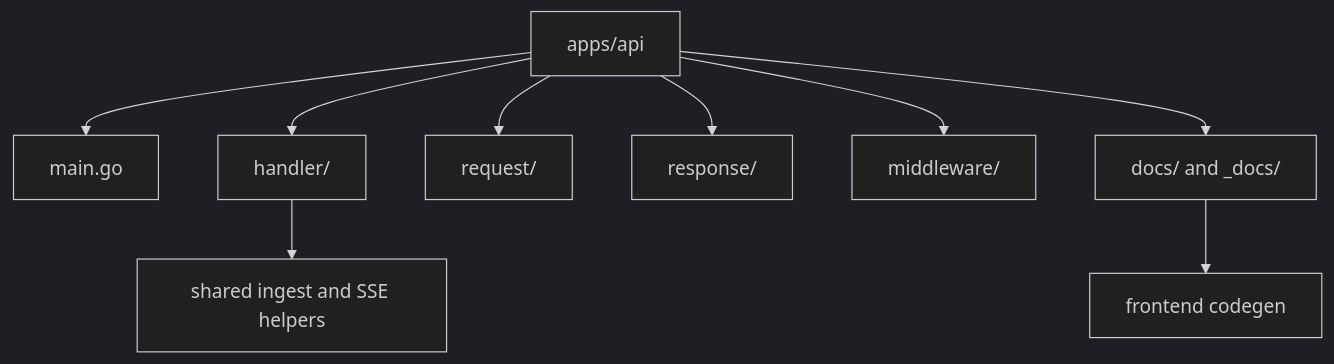
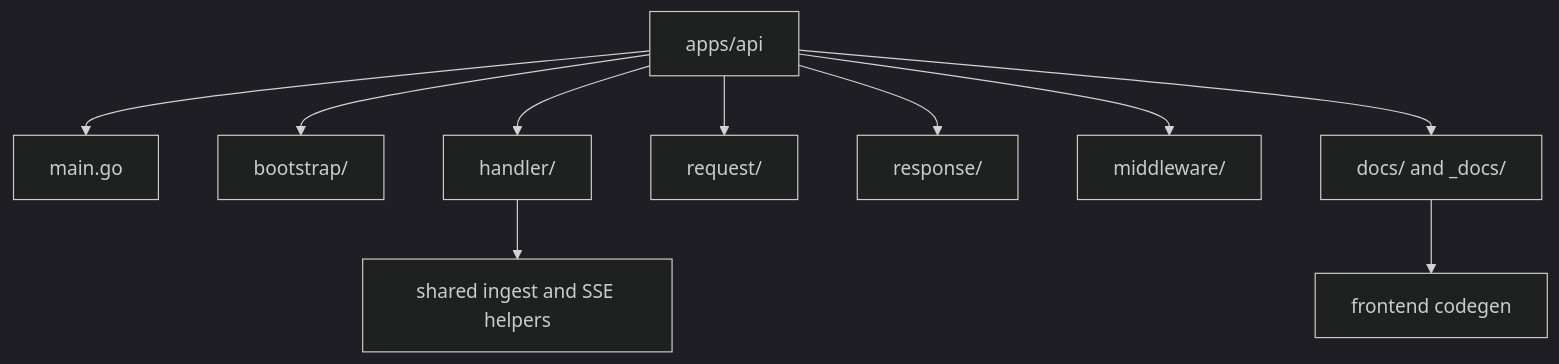
Before and after one commit to sx-tane/context-os: the diagram in apps/api/README.md, drawn with Mermaid (dark theme). The commit also changed other lines of this file and 34 other files, not shown here.

Commit message:
Split frontend route and API bootstrap

````diff
--- a/apps/api/README.md
+++ b/apps/api/README.md
@@ -14,11 +14,12 @@
 ```mermaid
 flowchart TD
   API[apps/api] --> MAIN[main.go]
+  API --> BOOTSTRAP[bootstrap/]
   API --> HANDLER[handler/]
   API --> REQUEST[request/]
   API --> RESPONSE[response/]
   API --> MIDDLEWARE[middleware/]
   API --> DOCS[docs/ and _docs/]
   HANDLER --> SHARED[shared ingest and SSE helpers]
   DOCS --> FRONTEND[frontend codegen]
 ```
````
